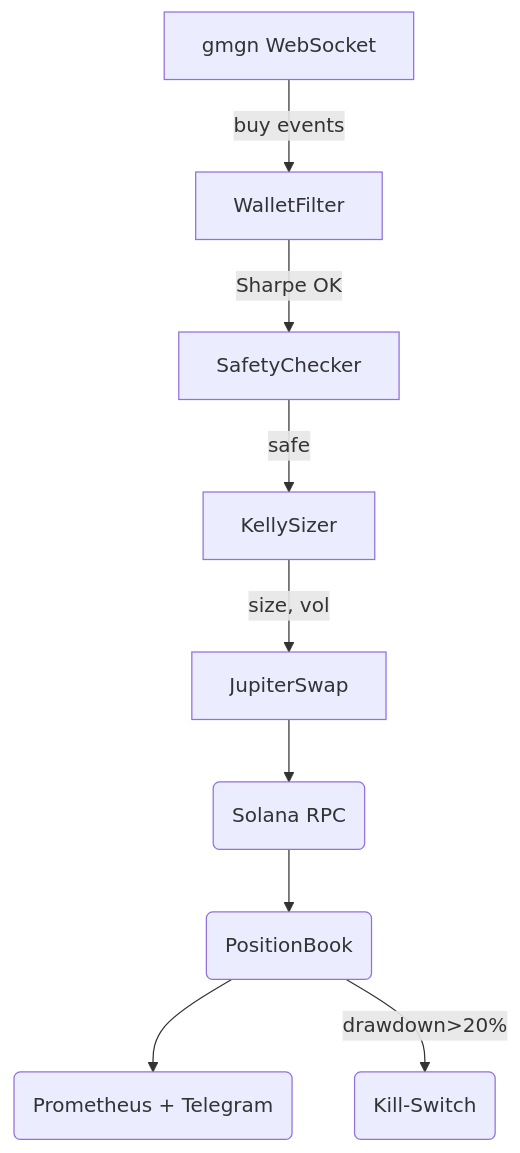
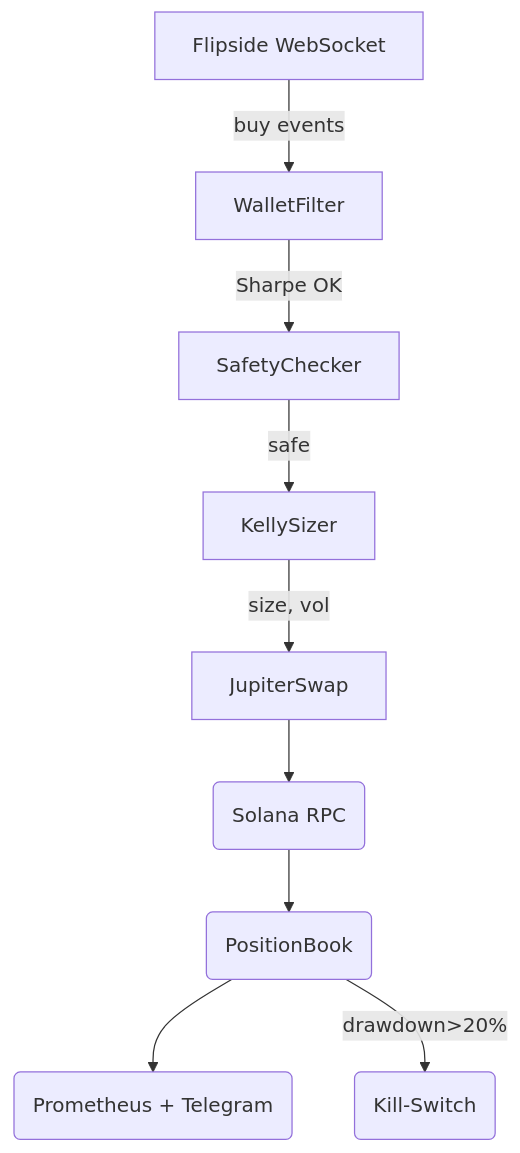
Before and after one commit to ZinelisCendas/crypt-sn: the diagram in AGENTS.md, drawn with Mermaid. The commit also changed other lines of this file and 10 other files, not shown here.

````diff
--- a/AGENTS.md
+++ b/AGENTS.md
@@ -62,11 +62,11 @@
 ```mermaid
 graph TD
-  A[gmgn WebSocket] -->|buy events| B[WalletFilter]
+  A[Flipside WebSocket] -->|buy events| B[WalletFilter]
   B -->|Sharpe OK| C[SafetyChecker]
   C -->|safe| D[KellySizer]
   D -->|size, vol| E[JupiterSwap]
   E --> F(Solana RPC)
   F --> G(PositionBook)
   G --> H(Prometheus + Telegram)
   G -->|drawdown>20%| I(Kill‑Switch)
 ```
````
